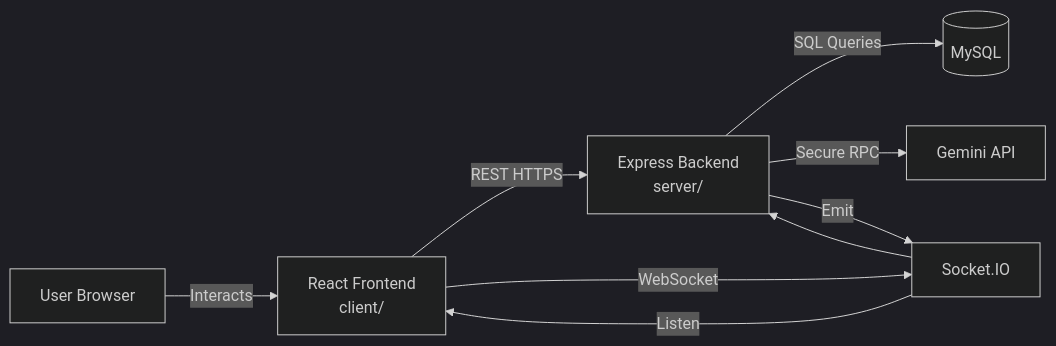
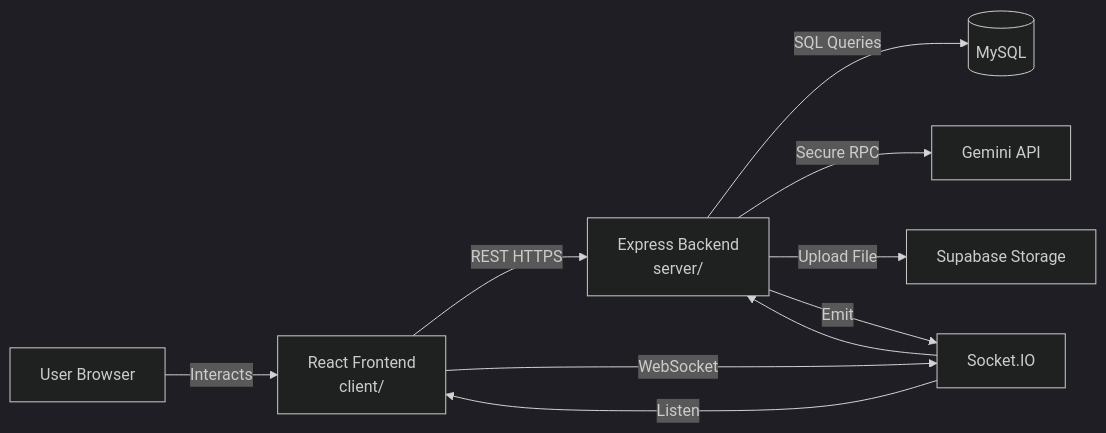
The first of 3 diagrams in docs/architecture.md (bhavik-sorathiya/SkillWise), drawn with Mermaid (dark theme) before and after one commit. The commit also changed other lines of this file and 6 other files, not shown here.

Commit message:
Updated system documentation for new architecture

````diff
--- a/docs/architecture.md
+++ b/docs/architecture.md
@@ -14,18 +14,20 @@
 ```mermaid
 flowchart LR
   U[User Browser]
   FE[React Frontend\nclient/]
   API[Express Backend\nserver/]
   DB[(MySQL)]
   AI[Gemini API]
   WS[Socket.IO]
+  CLOUD[Supabase Storage]
 
   U -->|Interacts| FE
   FE -->|REST HTTPS| API
   FE -->|WebSocket| WS
   WS --> API
   API -->|SQL Queries| DB
   API -->|Secure RPC| AI
+  API -->|Upload File| CLOUD
   API -->|Emit| WS
   WS -->|Listen| FE
 ```
````
